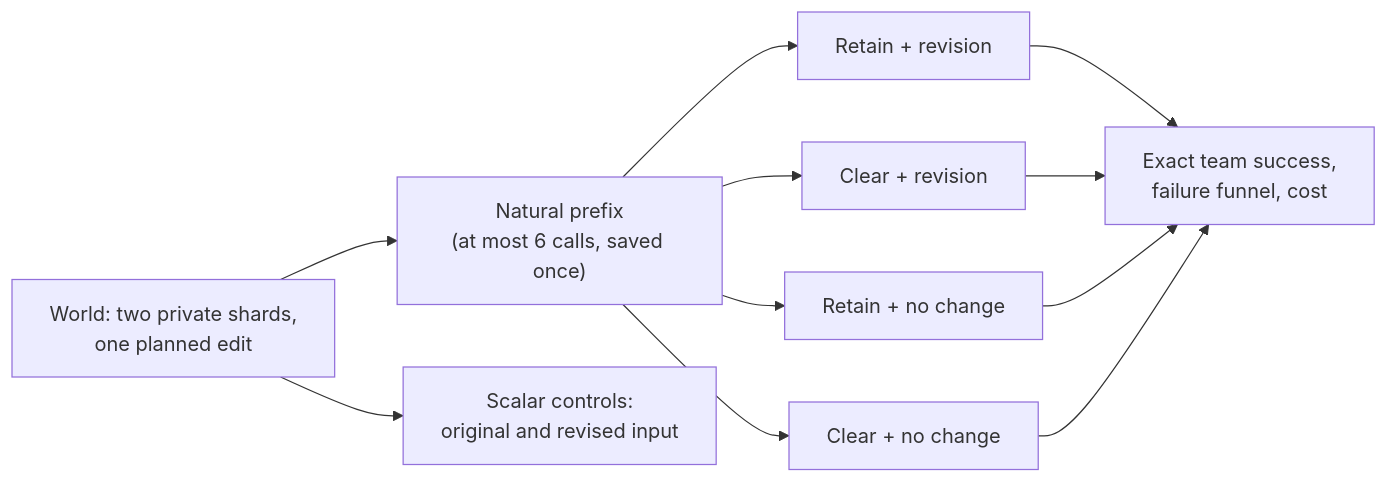
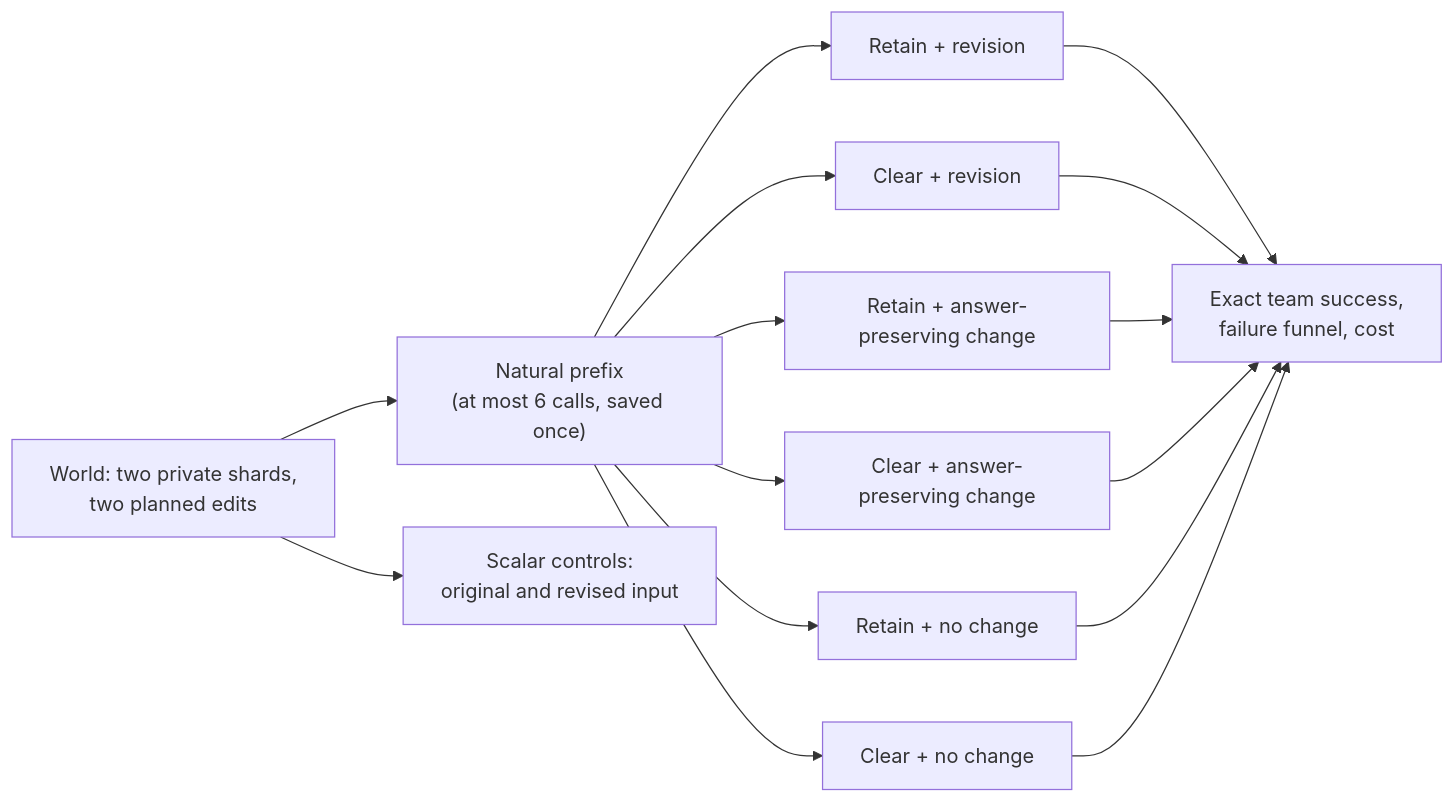
Before and after one commit to EndritHasani01/evidence-and-action-in-llm-teams: the first of 2 diagrams in docs/proposals/thesis-project-specification.md, drawn with Mermaid. The commit also changed other lines of this file and 21 other files, not shown here.

Commit message:
feat: add answer-preserving thesis continuations and secondary analyses

````diff
--- a/docs/proposals/thesis-project-specification.md
+++ b/docs/proposals/thesis-project-specification.md
@@ -80,10 +94,12 @@
 ```mermaid
 flowchart LR
-    W["World: two private shards,<br/>one planned edit"] --> P["Natural prefix<br/>(at most 6 calls, saved once)"]
+    W["World: two private shards,<br/>two planned edits"] --> P["Natural prefix<br/>(at most 6 calls, saved once)"]
     P --> RV["Retain + revision"]
     P --> CV["Clear + revision"]
+    P --> RP["Retain + answer-preserving change"]
+    P --> CP["Clear + answer-preserving change"]
     P --> RN["Retain + no change"]
     P --> CN["Clear + no change"]
     W --> S["Scalar controls:<br/>original and revised input"]
-    RV & CV & RN & CN --> Y["Exact team success,<br/>failure funnel, cost"]
+    RV & CV & RP & CP & RN & CN --> Y["Exact team success,<br/>failure funnel, cost"]
 ```
````
